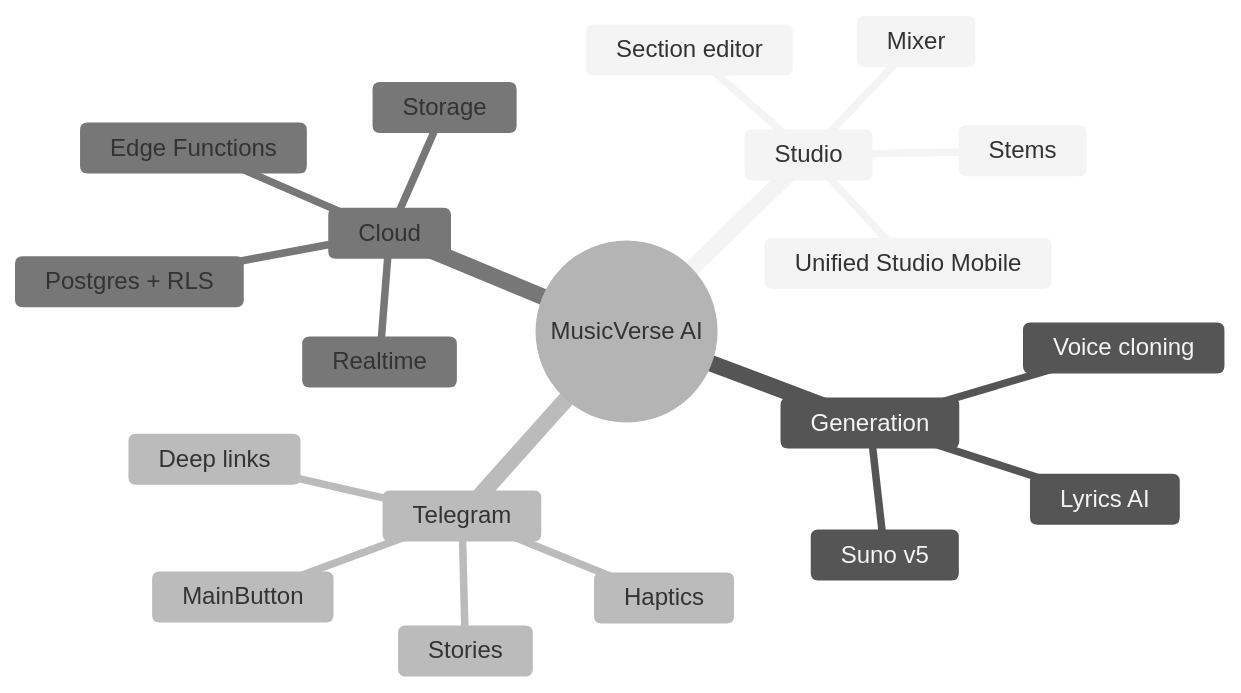
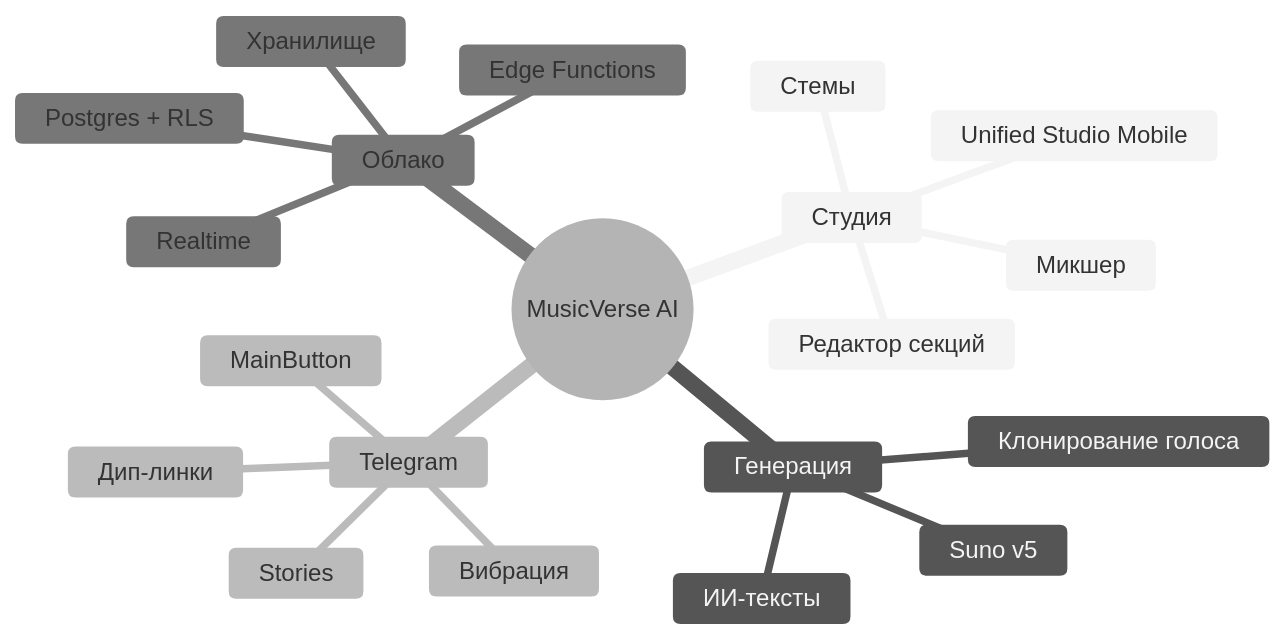
One commit to HOW2AI-AGENCY/aimusicverse changed the diagram in PROJECT_STATUS.md. Above: the diagram before and after it, drawn with Mermaid (neutral theme). The commit also changed other lines of this file and 23 other files, not shown here.

````diff
--- a/PROJECT_STATUS.md
+++ b/PROJECT_STATUS.md
@@ -62,23 +66,23 @@
 ```mermaid
 mindmap
   root((MusicVerse AI))
-    Studio
+    Студия
       Unified Studio Mobile
-      Mixer
-      Section editor
-      Stems
-    Generation
+      Микшер
+      Редактор секций
+      Стемы
+    Генерация
       Suno v5
-      Voice cloning
-      Lyrics AI
+      Клонирование голоса
+      ИИ-тексты
     Telegram
       MainButton
-      Haptics
+      Вибрация
       Stories
-      Deep links
-    Cloud
+      Дип-линки
+    Облако
       Postgres + RLS
       Edge Functions
       Realtime
-      Storage
+      Хранилище
 ```
````
